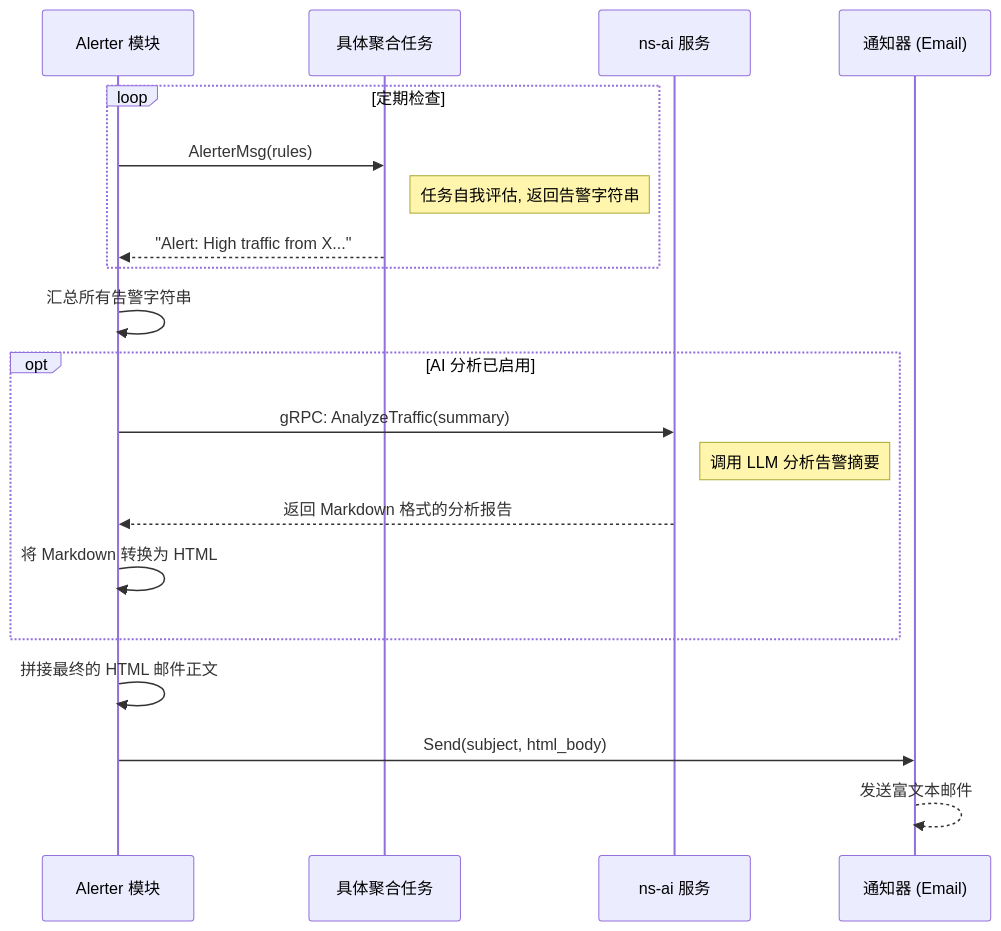
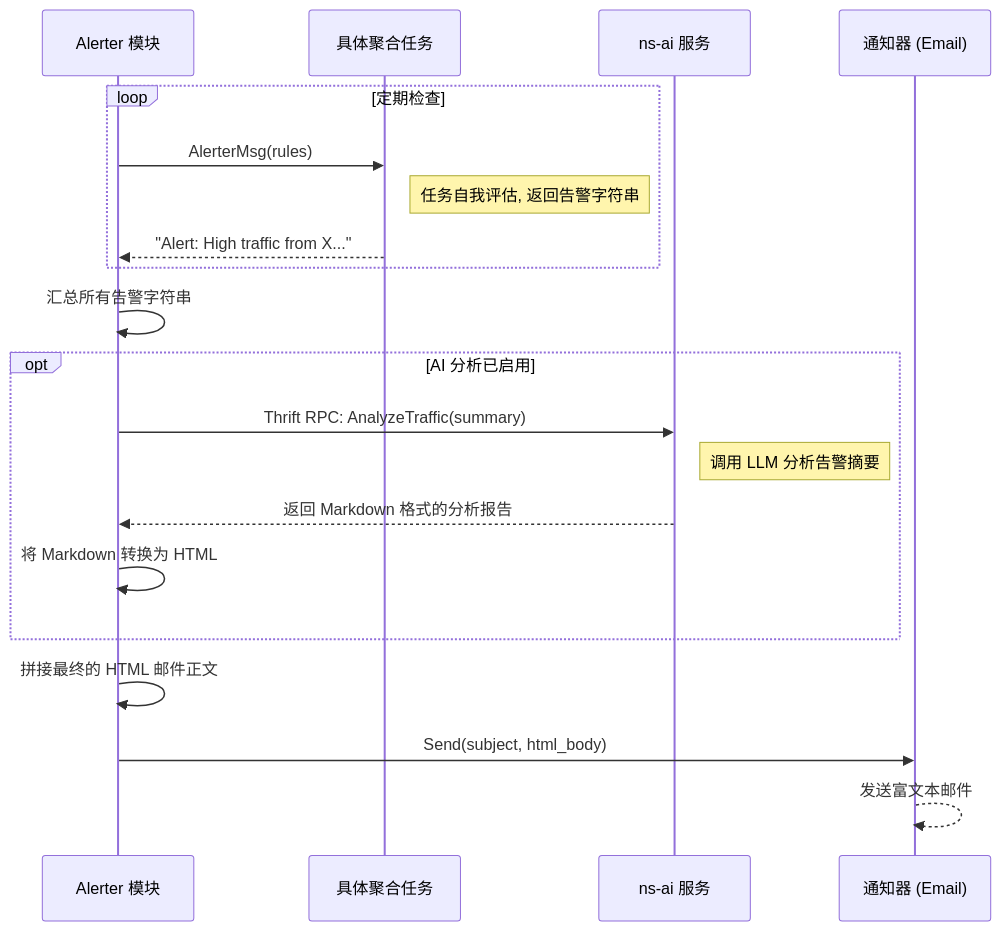
The second of 4 diagrams in doc/technology.md (Decade-qiu/Go2NetSpectra), drawn with Mermaid before and after one commit. The commit also changed other lines of this file and 81 other files, not shown here.

````diff
--- a/doc/technology.md
+++ b/doc/technology.md
@@ -325,26 +325,26 @@
 ```mermaid
 sequenceDiagram
     participant Alerter as Alerter 模块
     participant Task as 具体聚合任务
     participant AI_Service as ns-ai 服务
     participant Notifier as 通知器 (Email)
 
     loop 定期检查
         Alerter->>Task: AlerterMsg(rules)
         Note right of Task: 任务自我评估, 返回告警字符串
         Task-->>Alerter: "Alert: High traffic from X..."
     end
 
     Alerter->>Alerter: 汇总所有告警字符串
     
     opt AI 分析已启用
-        Alerter->>AI_Service: gRPC: AnalyzeTraffic(summary)
+        Alerter->>AI_Service: Thrift RPC: AnalyzeTraffic(summary)
         Note right of AI_Service: 调用 LLM 分析告警摘要
         AI_Service-->>Alerter: 返回 Markdown 格式的分析报告
         Alerter->>Alerter: 将 Markdown 转换为 HTML
     end
 
     Alerter->>Alerter: 拼接最终的 HTML 邮件正文
     Alerter->>Notifier: Send(subject, html_body)
     Notifier-->>Notifier: 发送富文本邮件
 ```
````
